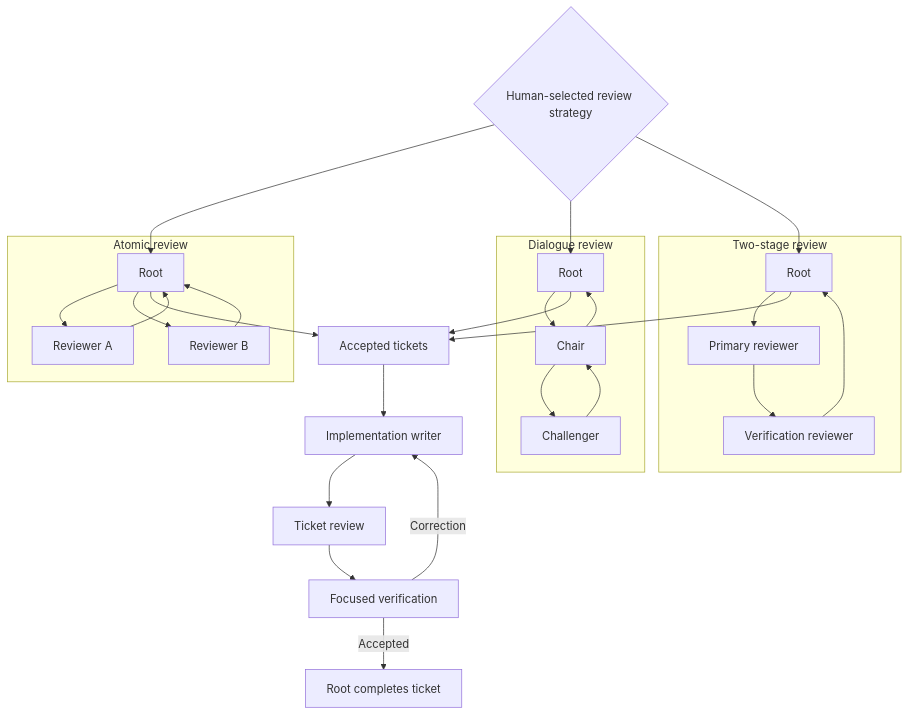
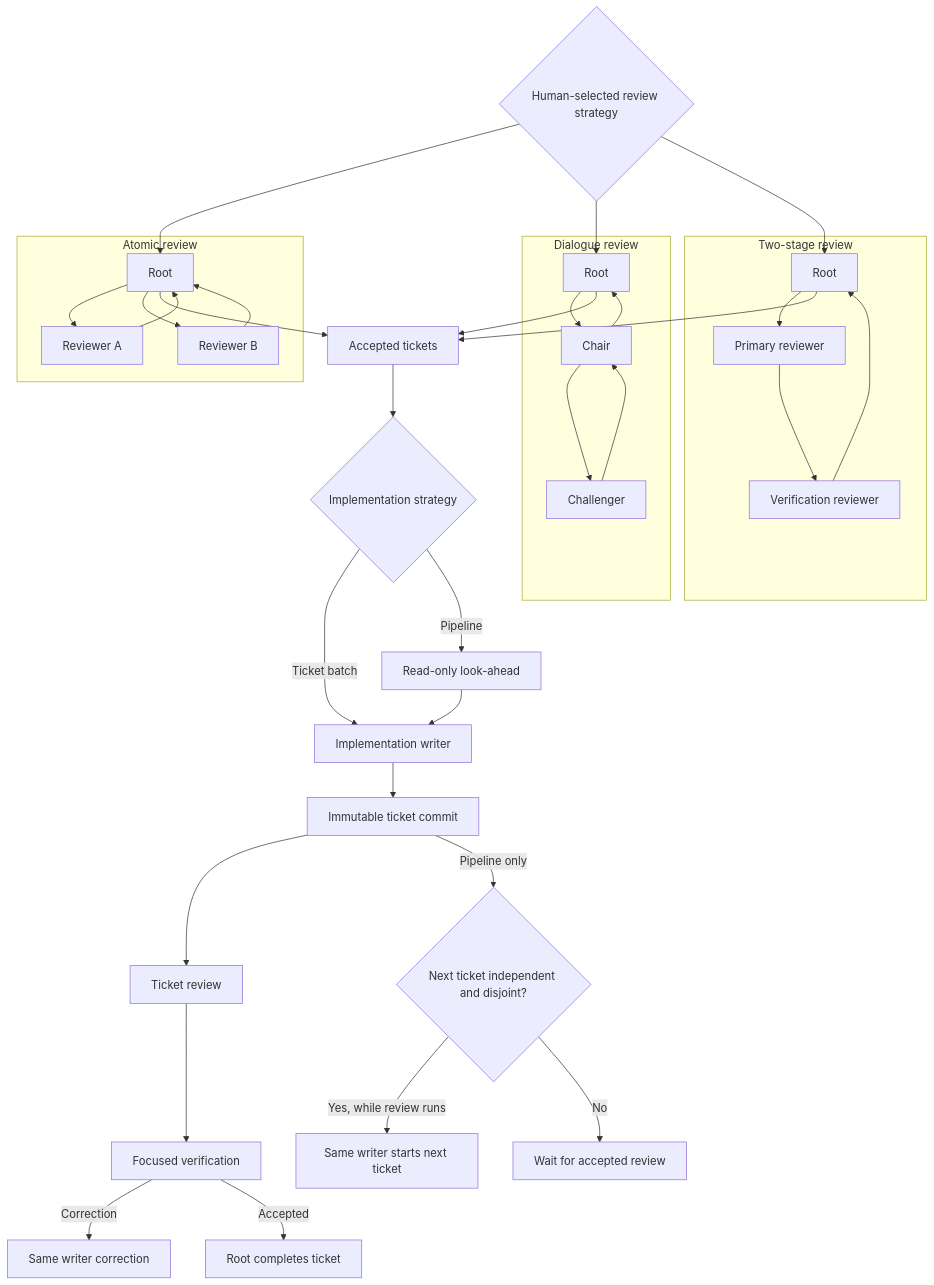
Before and after one commit to alsi-lawr/HUMANS.md: the third of 3 diagrams in casefile-workflow/README.md, drawn with Mermaid. The commit also changed other lines of this file and 40 other files, not shown here.

Commit message:
feat(casefile): add low-tier implementation pipeline

````diff
--- a/casefile-workflow/README.md
+++ b/casefile-workflow/README.md
@@ -95,36 +95,43 @@
 ```mermaid
 flowchart TB
     RSEL{Human-selected review strategy}
 
     RSEL --> AR
     subgraph ATOMIC_REVIEW[Atomic review]
         AR[Root] --> RV1[Reviewer A]
         AR --> RV2[Reviewer B]
         RV1 --> AR
         RV2 --> AR
     end
 
     RSEL --> DR
     subgraph DIALOGUE[Dialogue review]
         DR[Root] --> CH[Chair]
         CH --> CL[Challenger]
         CL --> CH
         CH --> DR
     end
 
     RSEL --> TR
     subgraph TWO_STAGE[Two-stage review]
         TR[Root] --> PR[Primary reviewer]
         PR --> VR[Verification reviewer]
         VR --> TR
     end
 
     AR --> ACCEPT[Accepted tickets]
     DR --> ACCEPT
     TR --> ACCEPT
-    ACCEPT --> IW[Implementation writer]
-    IW --> IR[Ticket review]
+    ACCEPT --> IS{Implementation strategy}
+    IS -->|Ticket batch| IW[Implementation writer]
+    IS -->|Pipeline| LA[Read-only look-ahead]
+    LA --> IW
+    IW --> IC[Immutable ticket commit]
+    IC --> IR[Ticket review]
     IR --> IV[Focused verification]
-    IV -->|Correction| IW
+    IV -->|Correction| FIX[Same writer correction]
     IV -->|Accepted| DONE[Root completes ticket]
+    IC -->|Pipeline only| PG{Next ticket independent and disjoint?}
+    PG -->|Yes, while review runs| NEXT[Same writer starts next ticket]
+    PG -->|No| WAIT[Wait for accepted review]
 ```
````
